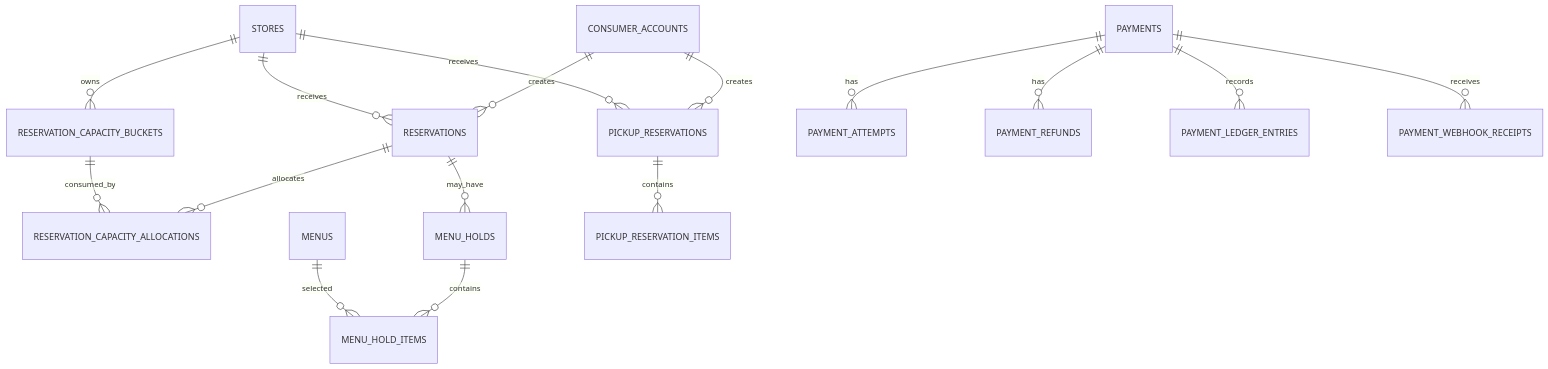
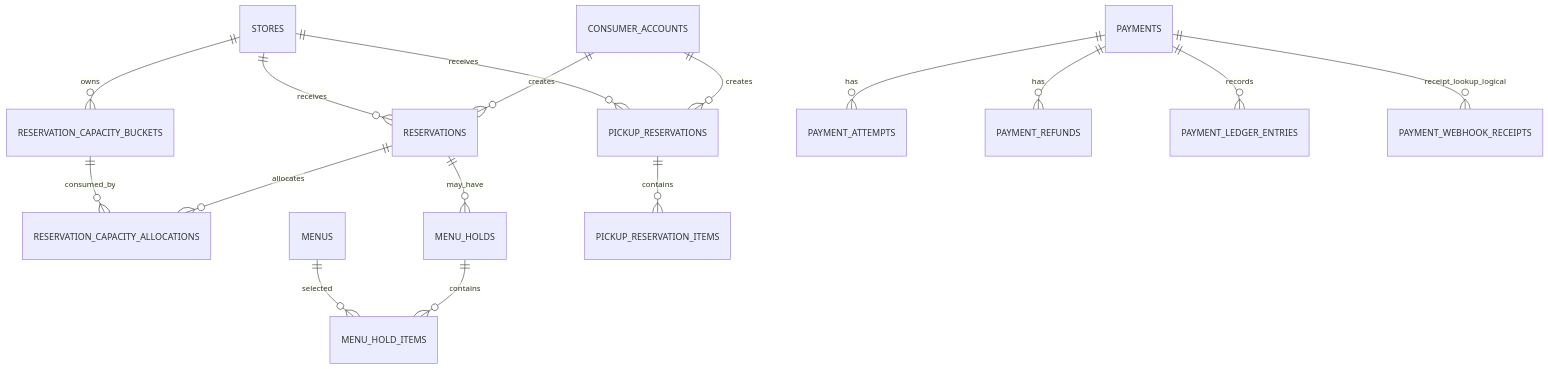
Before and after one commit to sparta-spring4/Commerce-Final-Project-MiriYum: the diagram in docs/erd/reservation-payment.md, drawn with Mermaid. The commit also changed other lines of this file and 7 other files, not shown here.

Commit message:
docs(global): ERD 관계 경계 정정

````diff
--- a/docs/erd/reservation-payment.md
+++ b/docs/erd/reservation-payment.md
@@ -3,18 +3,18 @@
 ```mermaid
 erDiagram
     CONSUMER_ACCOUNTS ||--o{ RESERVATIONS : creates
     STORES ||--o{ RESERVATIONS : receives
     STORES ||--o{ RESERVATION_CAPACITY_BUCKETS : owns
     RESERVATIONS ||--o{ RESERVATION_CAPACITY_ALLOCATIONS : allocates
     RESERVATION_CAPACITY_BUCKETS ||--o{ RESERVATION_CAPACITY_ALLOCATIONS : consumed_by
     RESERVATIONS ||--o{ MENU_HOLDS : may_have
     MENU_HOLDS ||--o{ MENU_HOLD_ITEMS : contains
     MENUS ||--o{ MENU_HOLD_ITEMS : selected
     CONSUMER_ACCOUNTS ||--o{ PICKUP_RESERVATIONS : creates
     STORES ||--o{ PICKUP_RESERVATIONS : receives
     PICKUP_RESERVATIONS ||--o{ PICKUP_RESERVATION_ITEMS : contains
     PAYMENTS ||--o{ PAYMENT_ATTEMPTS : has
     PAYMENTS ||--o{ PAYMENT_REFUNDS : has
     PAYMENTS ||--o{ PAYMENT_LEDGER_ENTRIES : records
-    PAYMENTS ||--o{ PAYMENT_WEBHOOK_RECEIPTS : receives
+    PAYMENTS ||--o{ PAYMENT_WEBHOOK_RECEIPTS : receipt_lookup_logical
 ```
````
